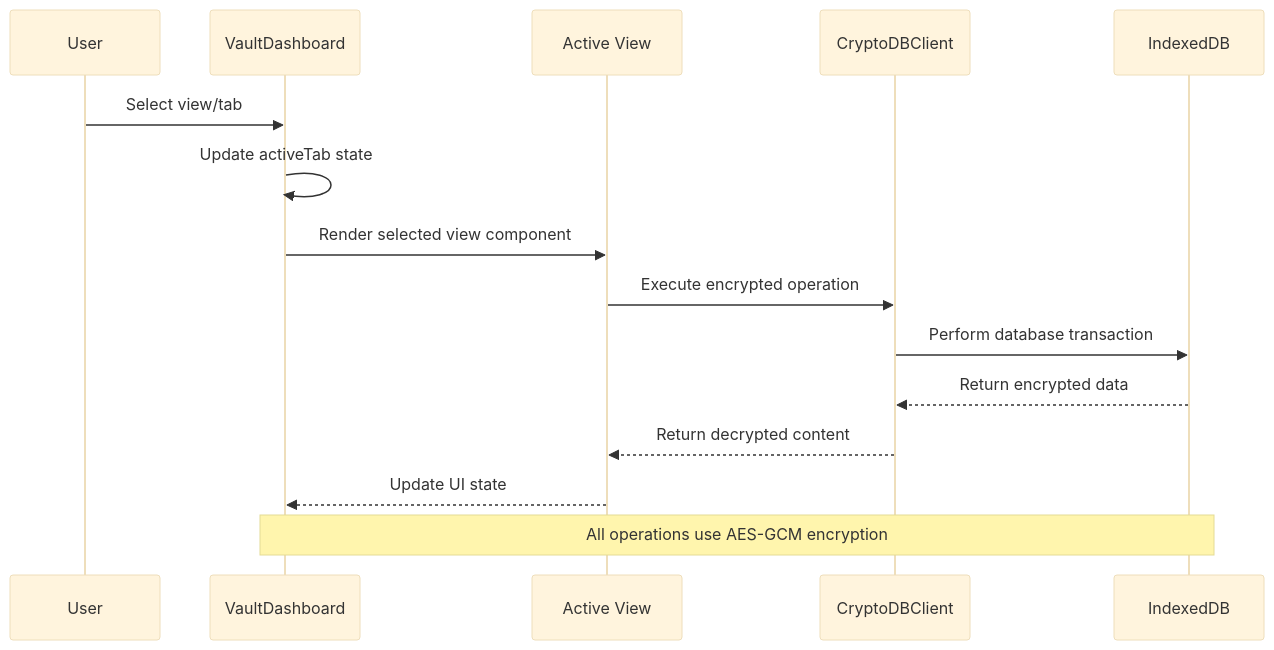
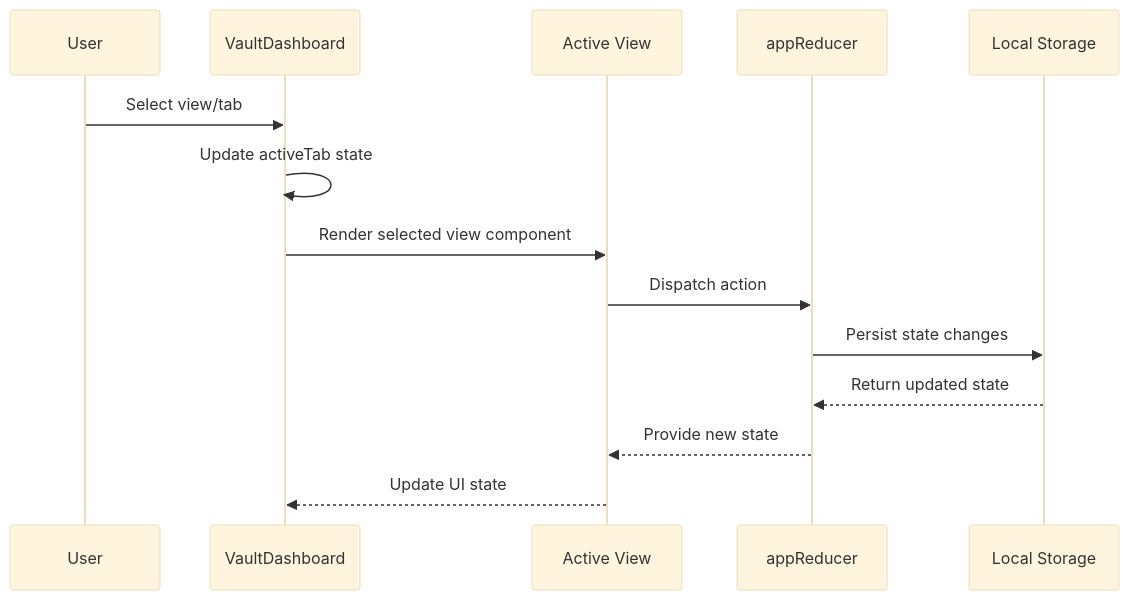
The second of 4 diagrams in .qoder/repowiki/en/content/API Reference/Frontend API/VaultDashboard API.md (andreihicatilooo-droid/OMNI-TODO), drawn with Mermaid (base theme) before and after one commit. The commit also changed other lines of this file and 19 other files, not shown here.

First line of the commit message:
docs(vault-dashboard): rewrite documentation and update architecture overview

````diff
--- a/.qoder/repowiki/en/content/API Reference/Frontend API/VaultDashboard API.md
+++ b/.qoder/repowiki/en/content/API Reference/Frontend API/VaultDashboard API.md
@@ -102,17 +107,16 @@
 ```mermaid
 sequenceDiagram
 participant User as User
 participant Dashboard as VaultDashboard
 participant View as Active View
-participant Client as CryptoDBClient
-participant DB as IndexedDB
+participant Reducer as appReducer
+participant Storage as Local Storage
 User->>Dashboard : Select view/tab
 Dashboard->>Dashboard : Update activeTab state
 Dashboard->>View : Render selected view component
-View->>Client : Execute encrypted operation
-Client->>DB : Perform database transaction
-DB-->>Client : Return encrypted data
-Client-->>View : Return decrypted content
+View->>Reducer : Dispatch action
+Reducer->>Storage : Persist state changes
+Storage-->>Reducer : Return updated state
+Reducer-->>View : Provide new state
 View-->>Dashboard : Update UI state
-Note over Dashboard,DB : All operations use AES-GCM encryption
 ```
````
